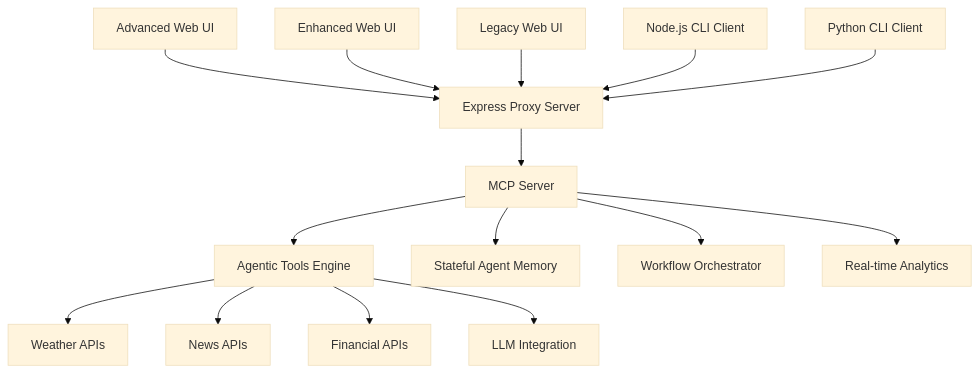
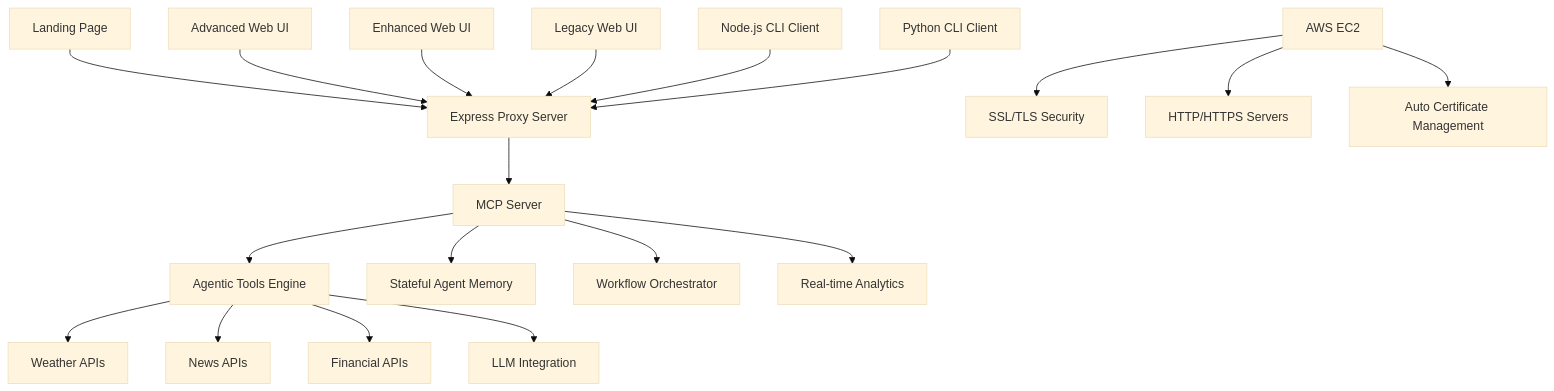
One commit to ssoward/mcp-agentic-fun changed the diagram in PROJECT_DESCRIPTION.md. Above: the diagram before and after it, drawn with Mermaid (base theme). The commit also changed other lines of this file, not shown here.

````diff
--- a/PROJECT_DESCRIPTION.md
+++ b/PROJECT_DESCRIPTION.md
@@ -21,19 +24,24 @@
 ```mermaid
 graph TB
-    A[Advanced Web UI] --> D[Express Proxy Server]
-    B[Enhanced Web UI] --> D
-    C[Legacy Web UI] --> D
-    E[Node.js CLI Client] --> D
-    F[Python CLI Client] --> D
+    A[Landing Page] --> D[Express Proxy Server]
+    B[Advanced Web UI] --> D
+    C[Enhanced Web UI] --> D
+    E[Legacy Web UI] --> D
+    F[Node.js CLI Client] --> D
+    G[Python CLI Client] --> D
     
-    D --> G[MCP Server]
-    G --> H[Agentic Tools Engine]
-    G --> I[Stateful Agent Memory]
-    G --> J[Workflow Orchestrator]
-    G --> K[Real-time Analytics]
+    D --> H[MCP Server]
+    H --> I[Agentic Tools Engine]
+    H --> J[Stateful Agent Memory]
+    H --> K[Workflow Orchestrator]
+    H --> L[Real-time Analytics]
     
-    H --> L[Weather APIs]
-    H --> M[News APIs]
-    H --> N[Financial APIs]
-    H --> O[LLM Integration]
+    I --> M[Weather APIs]
+    I --> N[News APIs]
+    I --> O[Financial APIs]
+    I --> P[LLM Integration]
+    
+    Q[AWS EC2] --> R[SSL/TLS Security]
+    Q --> S[HTTP/HTTPS Servers]
+    Q --> T[Auto Certificate Management]
 ```
````
